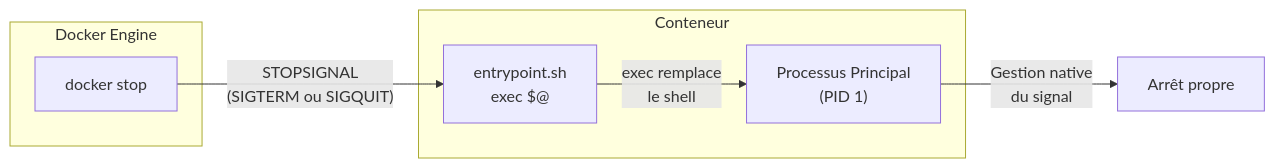
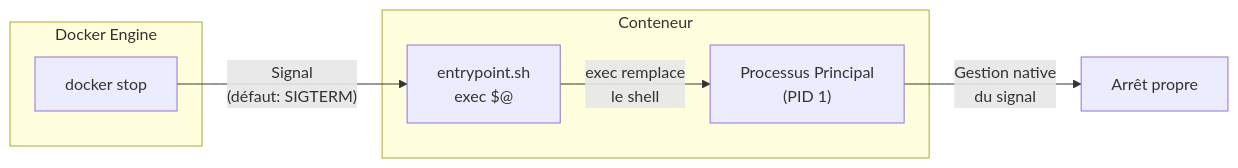
Before and after one commit to Mazlai/DevForDocker: the fourth of 8 diagrams in ARCHITECTURE.md, drawn with Mermaid. The commit also changed other lines of this file and 6 other files, not shown here.

````diff
--- a/ARCHITECTURE.md
+++ b/ARCHITECTURE.md
@@ -127,15 +127,15 @@
 ```mermaid
 flowchart LR
     subgraph Docker["Docker Engine"]
         STOP["docker stop"]
     end
     
     subgraph Container["Conteneur"]
         EP["entrypoint.sh<br/>exec $@"]
         PROC["Processus Principal<br/>(PID 1)"]
     end
     
-    STOP -->|"STOPSIGNAL<br/>(SIGTERM ou SIGQUIT)"| EP
+    STOP -->|"Signal<br/>(défaut: SIGTERM)"| EP
     EP -->|"exec remplace<br/>le shell"| PROC
     PROC -->|"Gestion native<br/>du signal"| EXIT["Arrêt propre"]
 ```
````
